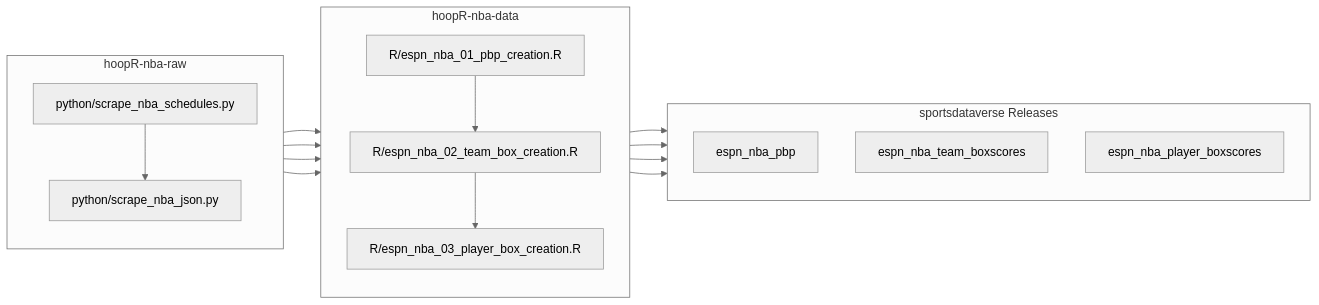
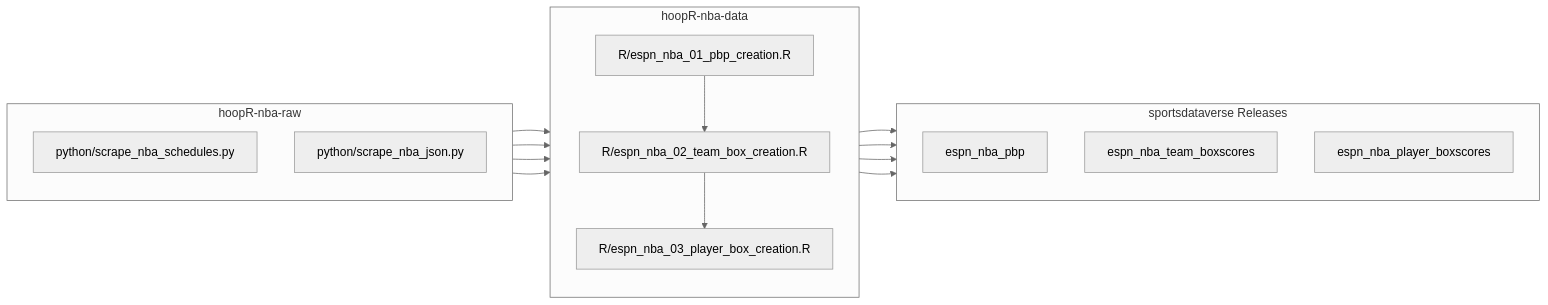
The second of 2 diagrams in README.md (sportsdataverse/hoopR-nba-raw), drawn with Mermaid (neutral theme) before and after one commit.

Commit message:
second diagram

````diff
--- a/README.md
+++ b/README.md
@@ -12,29 +12,30 @@
 ```mermaid
 flowchart LR;
     subgraph A[hoopR-nba-raw];
         direction TB;
-        A1[python/scrape_nba_schedules.py]-->A2[python/scrape_nba_json.py];
+        A1[python/scrape_nba_schedules.py]
+        A2[python/scrape_nba_json.py];
     end;
 
     subgraph B[hoopR-nba-data];
         direction TB;
         B1[R/espn_nba_01_pbp_creation.R]-->B2[R/espn_nba_02_team_box_creation.R];
         B2[R/espn_nba_02_team_box_creation.R]-->B3[R/espn_nba_03_player_box_creation.R];
     end;
 
     subgraph C[sportsdataverse Releases];
         direction TB;
         C1[espn_nba_pbp];
         C2[espn_nba_team_boxscores];
         C3[espn_nba_player_boxscores];
     end;
 
     A-->B-->C;
     A2[python/scrape_nba_json.py]-->B1[R/espn_nba_01_pbp_creation.R];
     A2[python/scrape_nba_json.py]-->B2[R/espn_nba_02_team_box_creation.R];
     A2[python/scrape_nba_json.py]-->B3[R/espn_nba_03_player_box_creation.R];
     B1[R/espn_nba_01_pbp_creation.R]-->C1[espn_nba_pbp];
     B2[R/espn_nba_02_team_box_creation.R]-->C2[espn_nba_team_boxscores];
     B3[R/espn_nba_03_player_box_creation.R]-->C3[espn_nba_player_boxscores];
 
 ```
````
